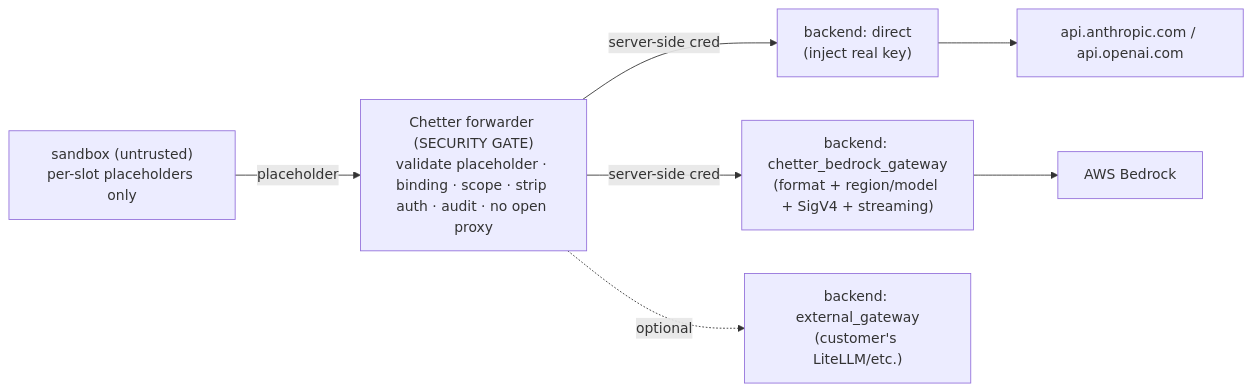
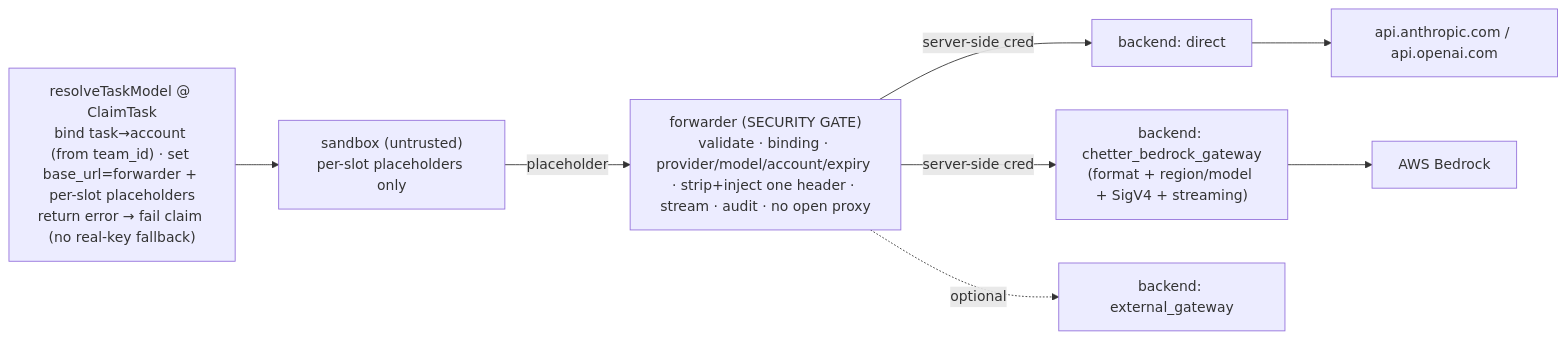
The diagram in docs/plans/2026-06-27-001-feat-agent-auth-broker-plan.md (flatout-works/chetter), drawn with Mermaid before and after one commit. The commit also changed other lines of this file, not shown here.

First line of the commit message:
docs: clarify agent-auth design (plain-terms section) + fold in gap-analysis corrections

````diff
--- a/docs/plans/2026-06-27-001-feat-agent-auth-broker-plan.md
+++ b/docs/plans/2026-06-27-001-feat-agent-auth-broker-plan.md
@@ -55,7 +99,8 @@
 ```mermaid
 flowchart LR
-  box["sandbox (untrusted)\nper-slot placeholders only"] -->|placeholder| fwd["Chetter forwarder (SECURITY GATE)\nvalidate placeholder · binding · scope · strip auth · audit · no open proxy"]
-  fwd -->|server-side cred| d["backend: direct\n(inject real key)"] --> p1["api.anthropic.com / api.openai.com"]
+  resolve["resolveTaskModel @ ClaimTask\nbind task→account (from team_id) · set base_url=forwarder + per-slot placeholders\nreturn error → fail claim (no real-key fallback)"] --> box["sandbox (untrusted)\nper-slot placeholders only"]
+  box -->|placeholder| fwd["forwarder (SECURITY GATE)\nvalidate · binding · provider/model/account/expiry · strip+inject one header · stream · audit · no open proxy"]
+  fwd -->|server-side cred| d["backend: direct"] --> p1["api.anthropic.com / api.openai.com"]
   fwd -->|server-side cred| g["backend: chetter_bedrock_gateway\n(format + region/model + SigV4 + streaming)"] --> p2["AWS Bedrock"]
-  fwd -.optional.-> e["backend: external_gateway\n(customer's LiteLLM/etc.)"]
+  fwd -.optional.-> e["backend: external_gateway"]
 ```
````
